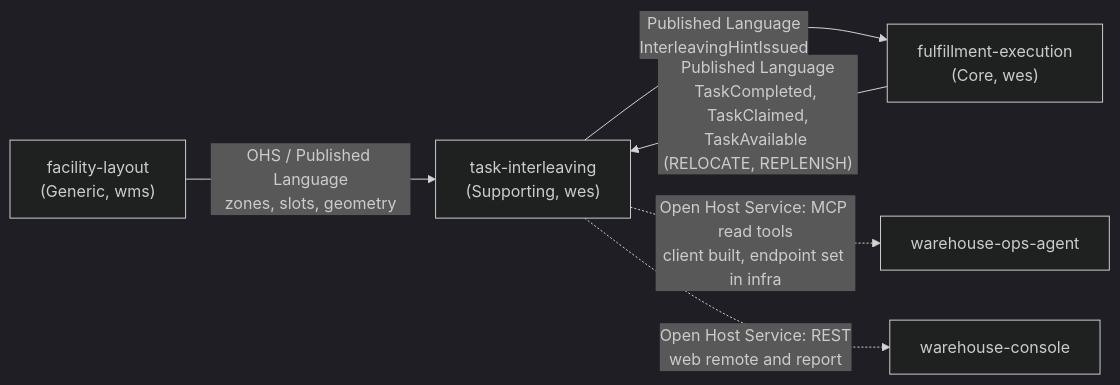
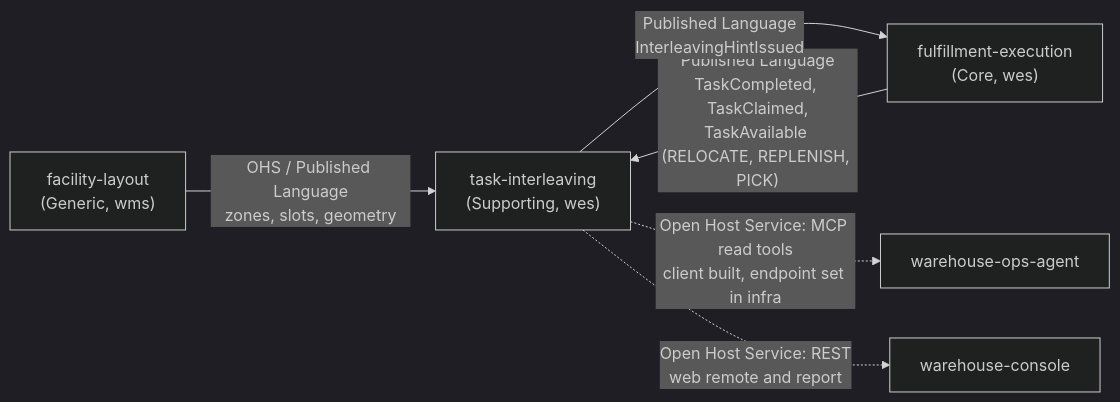
One commit to IQVO/task-interleaving changed the diagram in docs/docs/ddd/context-map.md. Above: the diagram before and after it, drawn with Mermaid (dark theme). The commit also changed other lines of this file and 16 other files, not shown here.

````diff
--- a/docs/docs/ddd/context-map.md
+++ b/docs/docs/ddd/context-map.md
@@ -16,13 +16,13 @@
 ```mermaid
 flowchart LR
     FL["facility-layout<br/>(Generic, wms)"]
     FE["fulfillment-execution<br/>(Core, wes)"]
     TI["task-interleaving<br/>(Supporting, wes)"]
     OA["warehouse-ops-agent"]
     CO["warehouse-console"]
     FL -- "OHS / Published Language<br/>zones, slots, geometry" --> TI
-    FE -- "Published Language<br/>TaskCompleted, TaskClaimed,<br/>TaskAvailable (RELOCATE, REPLENISH)" --> TI
+    FE -- "Published Language<br/>TaskCompleted, TaskClaimed,<br/>TaskAvailable (RELOCATE, REPLENISH, PICK)" --> TI
     TI -- "Published Language<br/>InterleavingHintIssued" --> FE
     TI -. "Open Host Service: MCP read tools<br/>client built, endpoint set in infra" .-> OA
     TI -. "Open Host Service: REST<br/>web remote and report" .-> CO
 ```
````
